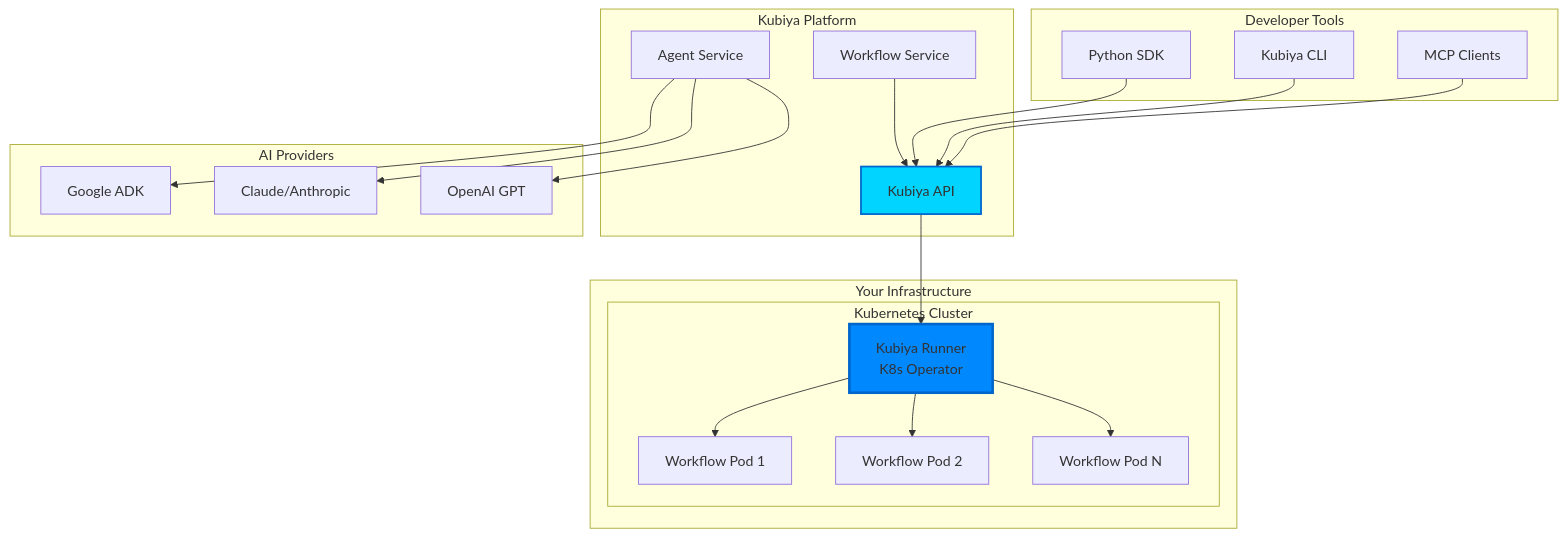
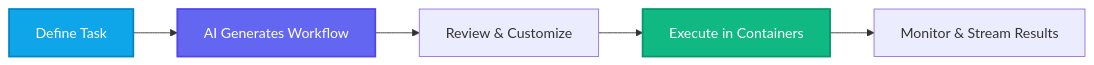
One commit to kubiyabot/workflow_sdk changed the diagram in docs/kubiya/getting-started/welcome.mdx. Above: the diagram before and after it, drawn with Mermaid. The commit also changed other lines of this file and 2 other files, not shown here.

````diff
--- a/docs/kubiya/getting-started/welcome.mdx
+++ b/docs/kubiya/getting-started/welcome.mdx
@@ -46,46 +199,11 @@
 ```mermaid
-graph TB
-    subgraph "Your Infrastructure"
-        subgraph "Kubernetes Cluster"
-            R[Kubiya Runner<br/>K8s Operator]
-            W1[Workflow Pod 1]
-            W2[Workflow Pod 2]
-            W3[Workflow Pod N]
-        end
-    end
+graph LR
+    A[Define Task] --> B[AI Generates Workflow]
+    B --> C[Review & Customize]
+    C --> D[Execute in Containers]
+    D --> E[Monitor & Stream Results]
     
-    subgraph "Kubiya Platform"
-        API[Kubiya API]
-        WS[Workflow Service]
-        AS[Agent Service]
-    end
-    
-    subgraph "AI Providers"
-        ADK[Google ADK]
-        CLAUDE[Claude/Anthropic]
-        GPT[OpenAI GPT]
-    end
-    
-    subgraph "Developer Tools"
-        MCP[MCP Clients]
-        CLI[Kubiya CLI]
-        SDK[Python SDK]
-    end
-    
-    API --> R
-    R --> W1
-    R --> W2
-    R --> W3
-    
-    AS --> ADK
-    AS --> CLAUDE
-    AS --> GPT
-    
-    MCP --> API
-    CLI --> API
-    SDK --> API
-    WS --> API
-    
-    style R fill:#0088ff,stroke:#0066cc,stroke-width:3px
-    style API fill:#00d4ff,stroke:#0066cc,stroke-width:2px
+    style A fill:#0EA5E9,stroke:#0284C7,stroke-width:2px,color:#fff
+    style B fill:#6366F1,stroke:#4F46E5,stroke-width:2px,color:#fff
+    style D fill:#10B981,stroke:#059669,stroke-width:2px,color:#fff
 ```
````
